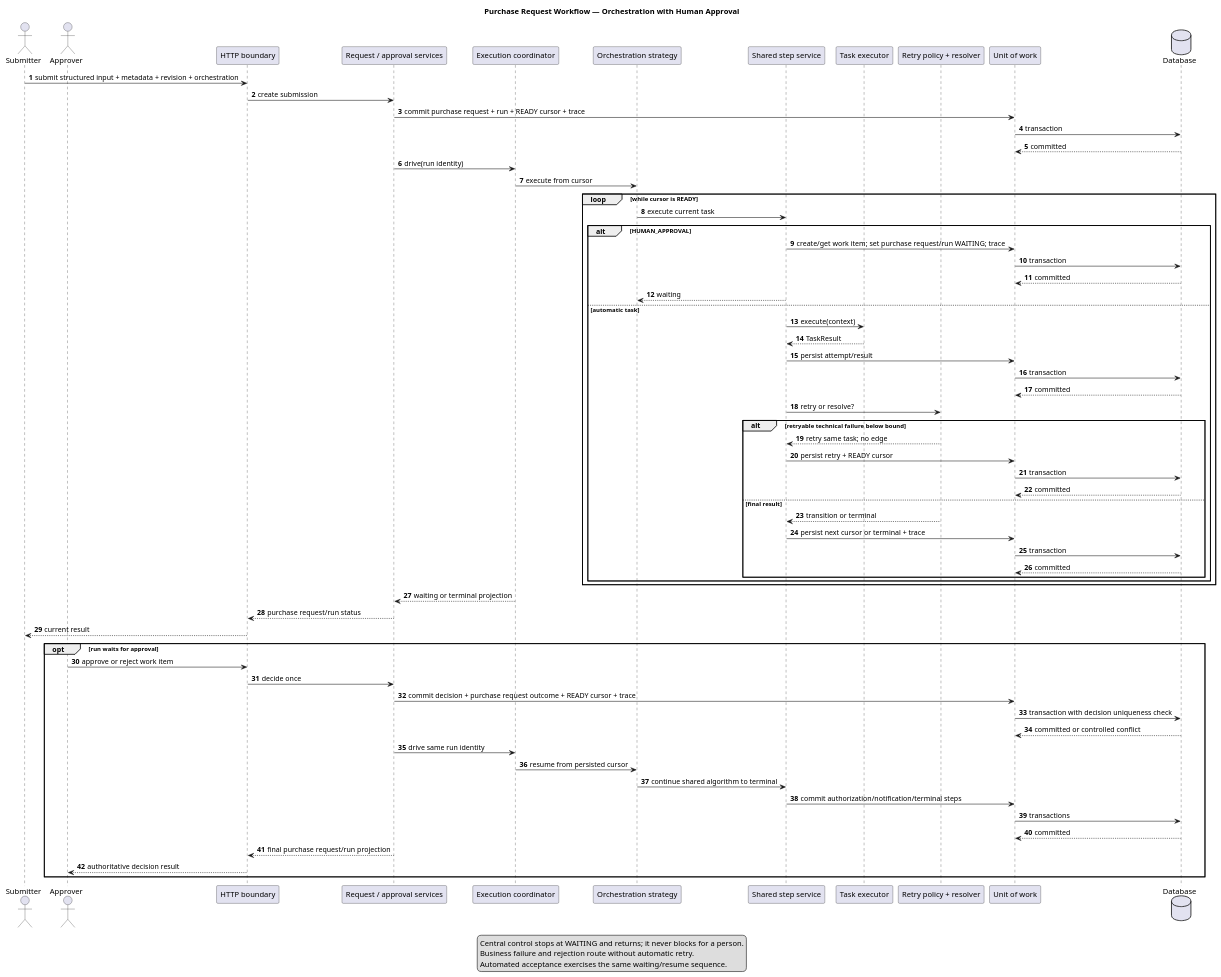
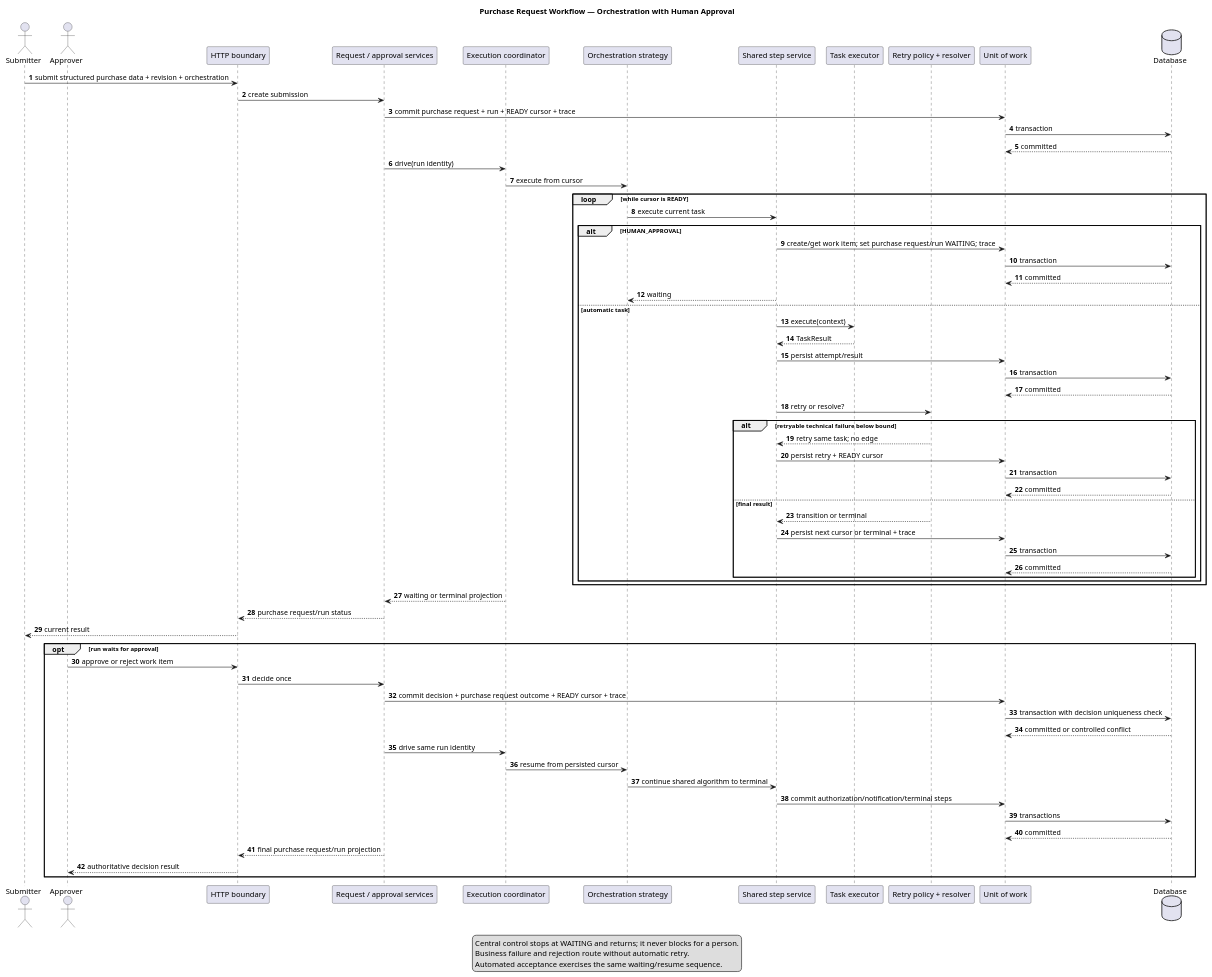
The diagram in docs/architecture/uml/orchestration-sequence.puml (MAES1102/WMS), drawn with PlantUML before and after one commit. The commit also changed 27 other files, not shown here.

```diff
--- a/docs/architecture/uml/orchestration-sequence.puml
+++ b/docs/architecture/uml/orchestration-sequence.puml
@@ -1,79 +1,79 @@
 @startuml
 title Purchase Request Workflow — Orchestration with Human Approval
 autonumber
 skinparam shadowing false
 
 actor Submitter
 actor Approver
 participant "HTTP boundary" as HTTP
 participant "Request / approval services" as Service
 participant "Execution coordinator" as Coordinator
 participant "Orchestration strategy" as Orchestrator
 participant "Shared step service" as Step
 participant "Task executor" as Executor
 participant "Retry policy + resolver" as Policy
 participant "Unit of work" as UoW
 database Database
 
-Submitter -> HTTP : submit structured input + metadata + revision + orchestration
+Submitter -> HTTP : submit structured purchase data + revision + orchestration
 HTTP -> Service : create submission
 Service -> UoW : commit purchase request + run + READY cursor + trace
 UoW -> Database : transaction
 Database --> UoW : committed
 Service -> Coordinator : drive(run identity)
 Coordinator -> Orchestrator : execute from cursor
 
 loop while cursor is READY
   Orchestrator -> Step : execute current task
   alt HUMAN_APPROVAL
     Step -> UoW : create/get work item; set purchase request/run WAITING; trace
     UoW -> Database : transaction
     Database --> UoW : committed
     Step --> Orchestrator : waiting
   else automatic task
     Step -> Executor : execute(context)
     Executor --> Step : TaskResult
     Step -> UoW : persist attempt/result
     UoW -> Database : transaction
     Database --> UoW : committed
     Step -> Policy : retry or resolve?
     alt retryable technical failure below bound
       Policy --> Step : retry same task; no edge
       Step -> UoW : persist retry + READY cursor
       UoW -> Database : transaction
       Database --> UoW : committed
     else final result
       Policy --> Step : transition or terminal
       Step -> UoW : persist next cursor or terminal + trace
       UoW -> Database : transaction
       Database --> UoW : committed
     end
   end
 end
 
 Coordinator --> Service : waiting or terminal projection
 Service --> HTTP : purchase request/run status
 HTTP --> Submitter : current result
 
 opt run waits for approval
   Approver -> HTTP : approve or reject work item
   HTTP -> Service : decide once
   Service -> UoW : commit decision + purchase request outcome + READY cursor + trace
   UoW -> Database : transaction with decision uniqueness check
   Database --> UoW : committed or controlled conflict
   Service -> Coordinator : drive same run identity
   Coordinator -> Orchestrator : resume from persisted cursor
   Orchestrator -> Step : continue shared algorithm to terminal
   Step -> UoW : commit authorization/notification/terminal steps
   UoW -> Database : transactions
   Database --> UoW : committed
   Service --> HTTP : final purchase request/run projection
   HTTP --> Approver : authoritative decision result
 end
 
 legend
 Central control stops at WAITING and returns; it never blocks for a person.
 Business failure and rejection route without automatic retry.
 Automated acceptance exercises the same waiting/resume sequence.
 endlegend
 @enduml
```
